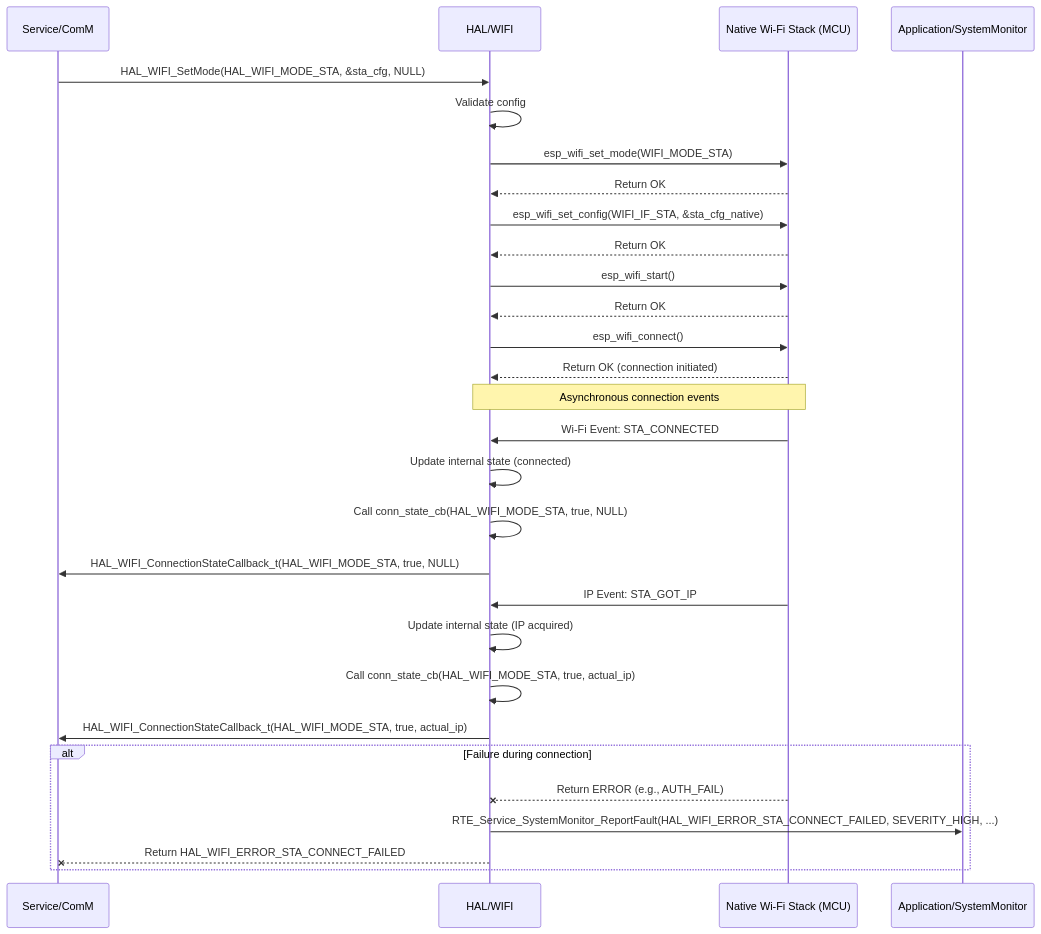
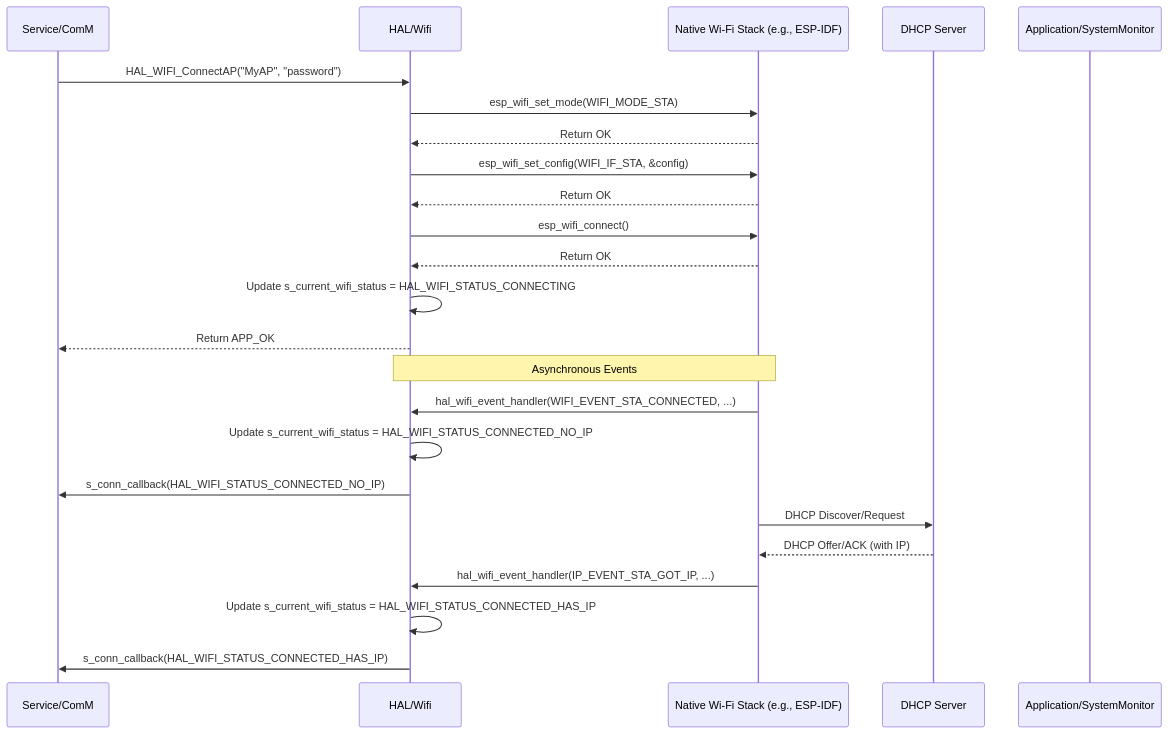
One commit to ashaker-2/Platform changed the diagram in Requiremets/Design/HAL/HAL_WIFI.md. Above: the diagram before and after it, drawn with Mermaid. The commit also changed other lines of this file and 26 other files, not shown here.

````diff
--- a/Requiremets/Design/HAL/HAL_WIFI.md
+++ b/Requiremets/Design/HAL/HAL_WIFI.md
@@ -207,35 +281,29 @@
 ```mermaid
 sequenceDiagram  
     participant ComM as Service/ComM  
-    participant HAL_WIFI as HAL/WIFI  
-    participant Native_WiFi_Stack as Native Wi-Fi Stack (MCU)  
+    participant HAL_WIFI as HAL/Wifi  
+    participant Native_WIFI_Stack as Native Wi-Fi Stack (e.g., ESP-IDF)  
+    participant DHCP_Server as DHCP Server  
     participant SystemMonitor as Application/SystemMonitor
 
-    ComM->>HAL_WIFI: HAL_WIFI_SetMode(HAL_WIFI_MODE_STA, &sta_cfg, NULL)  
-    HAL_WIFI->>HAL_WIFI: Validate config  
-    HAL_WIFI->>Native_WiFi_Stack: esp_wifi_set_mode(WIFI_MODE_STA)  
-    Native_WiFi_Stack-->>HAL_WIFI: Return OK  
-    HAL_WIFI->>Native_WiFi_Stack: esp_wifi_set_config(WIFI_IF_STA, &sta_cfg_native)  
-    Native_WiFi_Stack-->>HAL_WIFI: Return OK  
-    HAL_WIFI->>Native_WiFi_Stack: esp_wifi_start()  
-    Native_WiFi_Stack-->>HAL_WIFI: Return OK  
-    HAL_WIFI->>Native_WiFi_Stack: esp_wifi_connect()  
-    Native_WiFi_Stack-->>HAL_WIFI: Return OK (connection initiated)
+    ComM->>HAL_WIFI: HAL_WIFI_ConnectAP("MyAP", "password")  
+    HAL_WIFI->>Native_WIFI_Stack: esp_wifi_set_mode(WIFI_MODE_STA)  
+    Native_WIFI_Stack-->>HAL_WIFI: Return OK  
+    HAL_WIFI->>Native_WIFI_Stack: esp_wifi_set_config(WIFI_IF_STA, &config)  
+    Native_WIFI_Stack-->>HAL_WIFI: Return OK  
+    HAL_WIFI->>Native_WIFI_Stack: esp_wifi_connect()  
+    Native_WIFI_Stack-->>HAL_WIFI: Return OK  
+    HAL_WIFI->>HAL_WIFI: Update s_current_wifi_status = HAL_WIFI_STATUS_CONNECTING  
+    HAL_WIFI-->>ComM: Return APP_OK
 
-    Note over Native_WiFi_Stack,HAL_WIFI: Asynchronous connection events  
-    Native_WiFi_Stack->>HAL_WIFI: Wi-Fi Event: STA_CONNECTED  
-    HAL_WIFI->>HAL_WIFI: Update internal state (connected)  
-    HAL_WIFI->>HAL_WIFI: Call conn_state_cb(HAL_WIFI_MODE_STA, true, NULL)  
-    HAL_WIFI->>ComM: HAL_WIFI_ConnectionStateCallback_t(HAL_WIFI_MODE_STA, true, NULL)
+    Note over Native_WIFI_Stack,HAL_WIFI: Asynchronous Events  
+    Native_WIFI_Stack->>HAL_WIFI: hal_wifi_event_handler(WIFI_EVENT_STA_CONNECTED, ...)  
+    HAL_WIFI->>HAL_WIFI: Update s_current_wifi_status = HAL_WIFI_STATUS_CONNECTED_NO_IP  
+    HAL_WIFI->>ComM: s_conn_callback(HAL_WIFI_STATUS_CONNECTED_NO_IP)
 
-    Native_WiFi_Stack->>HAL_WIFI: IP Event: STA_GOT_IP  
-    HAL_WIFI->>HAL_WIFI: Update internal state (IP acquired)  
-    HAL_WIFI->>HAL_WIFI: Call conn_state_cb(HAL_WIFI_MODE_STA, true, actual_ip)  
-    HAL_WIFI->>ComM: HAL_WIFI_ConnectionStateCallback_t(HAL_WIFI_MODE_STA, true, actual_ip)
-
-    alt Failure during connection  
-        Native_WiFi_Stack--xHAL_WIFI: Return ERROR (e.g., AUTH_FAIL)  
-        HAL_WIFI->>SystemMonitor: RTE_Service_SystemMonitor_ReportFault(HAL_WIFI_ERROR_STA_CONNECT_FAILED, SEVERITY_HIGH, ...)  
-        HAL_WIFI--xComM: Return HAL_WIFI_ERROR_STA_CONNECT_FAILED  
-    end
+    Native_WIFI_Stack->>DHCP_Server: DHCP Discover/Request  
+    DHCP_Server-->>Native_WIFI_Stack: DHCP Offer/ACK (with IP)  
+    Native_WIFI_Stack->>HAL_WIFI: hal_wifi_event_handler(IP_EVENT_STA_GOT_IP, ...)  
+    HAL_WIFI->>HAL_WIFI: Update s_current_wifi_status = HAL_WIFI_STATUS_CONNECTED_HAS_IP  
+    HAL_WIFI->>ComM: s_conn_callback(HAL_WIFI_STATUS_CONNECTED_HAS_IP)
 ```
````
